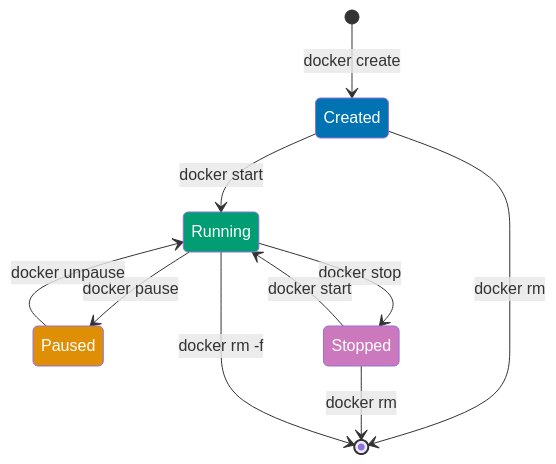
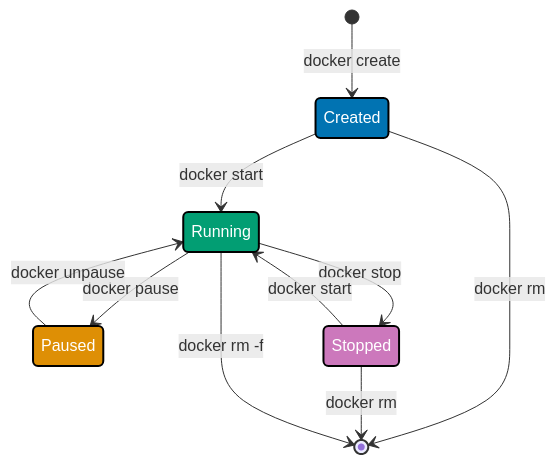
One commit to wahidyankf/open-sharia-enterprise changed the third of 8 diagrams in apps/ayokoding-web/content/en/learn/software-engineering/infrastructure/tools/docker/by-example/beginner.md. Above: the diagram before and after it, drawn with Mermaid. The commit also changed other lines of this file and 25 other files, not shown here.

````diff
--- a/apps/ayokoding-web/content/en/learn/software-engineering/infrastructure/tools/docker/by-example/beginner.md
+++ b/apps/ayokoding-web/content/en/learn/software-engineering/infrastructure/tools/docker/by-example/beginner.md
@@ -642,18 +644,19 @@
 ```mermaid
+%% Color Palette: Blue #0173B2, Orange #DE8F05, Teal #029E73, Purple #CC78BC, Brown #CA9161
 %% Container lifecycle state transitions
 stateDiagram-v2
  [*] --> Created: docker create
  Created --> Running: docker start
  Running --> Paused: docker pause
  Paused --> Running: docker unpause
  Running --> Stopped: docker stop
  Stopped --> Running: docker start
  Created --> [*]: docker rm
  Stopped --> [*]: docker rm
  Running --> [*]: docker rm -f
 
- style Created fill:#0173B2,color:#fff
- style Running fill:#029E73,color:#fff
- style Paused fill:#DE8F05,color:#fff
- style Stopped fill:#CC78BC,color:#fff
+ style Created fill:#0173B2,stroke:#000000,stroke-width:2px,color:#fff
+ style Running fill:#029E73,stroke:#000000,stroke-width:2px,color:#fff
+ style Paused fill:#DE8F05,stroke:#000000,stroke-width:2px,color:#fff
+ style Stopped fill:#CC78BC,stroke:#000000,stroke-width:2px,color:#fff
 ```
````
